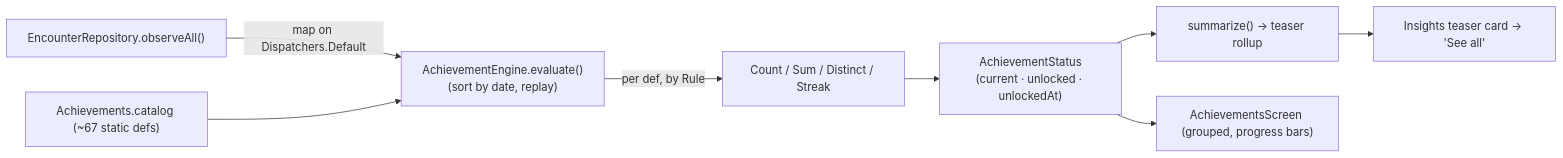
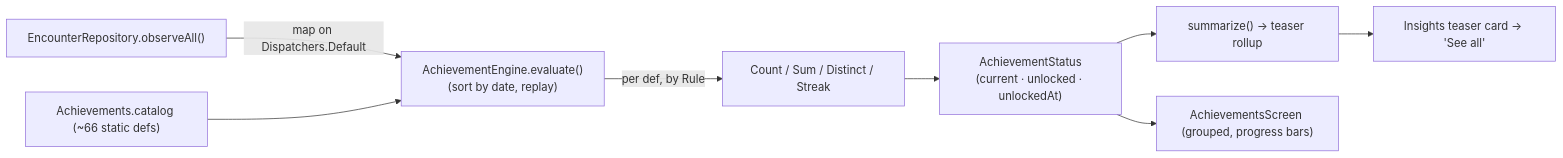
Before and after one commit to herbiewalker/tryst: the ninth of 9 diagrams in docs/FLOWCHARTS.md, drawn with Mermaid. The commit also changed other lines of this file and 3 other files, not shown here.

````diff
--- a/docs/FLOWCHARTS.md
+++ b/docs/FLOWCHARTS.md
@@ -210,10 +213,10 @@
 ```mermaid
 flowchart LR
     LOG["EncounterRepository.observeAll()"] -->|"map on Dispatchers.Default"| EV["AchievementEngine.evaluate()<br/>(sort by date, replay)"]
-    CAT["Achievements.catalog (~67 static defs)"] --> EV
+    CAT["Achievements.catalog (~66 static defs)"] --> EV
     EV -->|"per def, by Rule"| RULES["Count / Sum / Distinct / Streak"]
     RULES --> ST["AchievementStatus<br/>(current · unlocked · unlockedAt)"]
     ST --> SUM["summarize() → teaser rollup"]
     ST --> SCREEN["AchievementsScreen (grouped, progress bars)"]
     SUM --> TEASER["Insights teaser card → 'See all'"]
 ```
````
